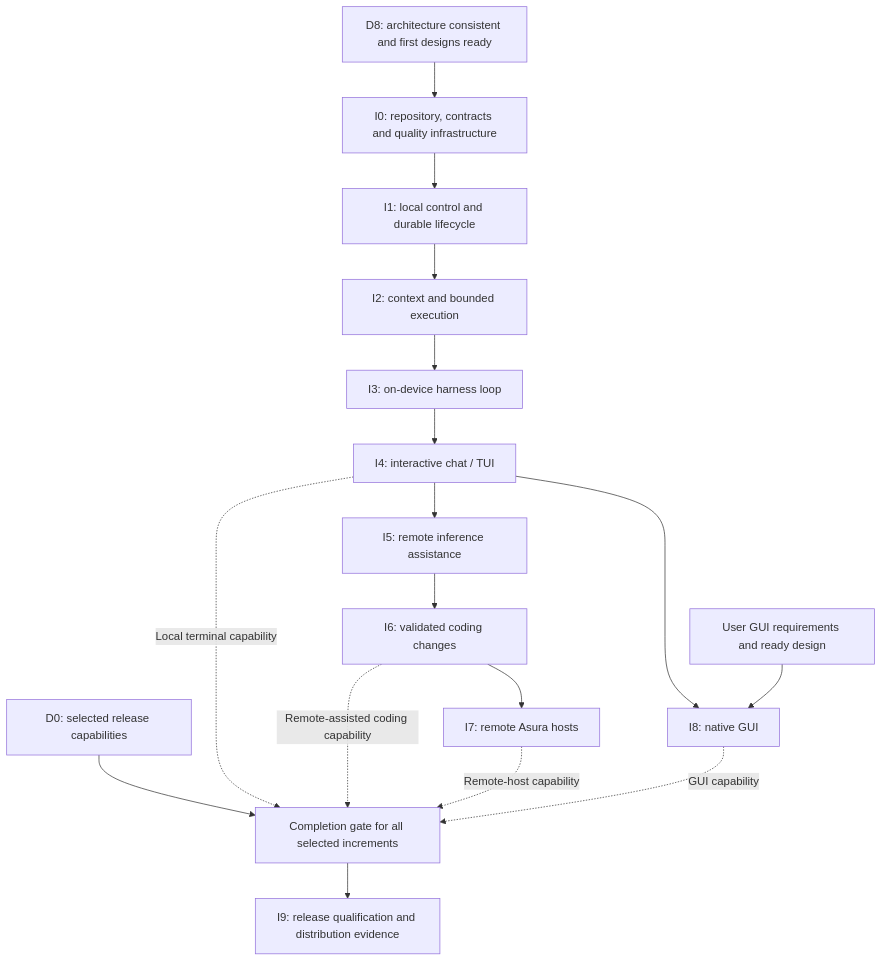
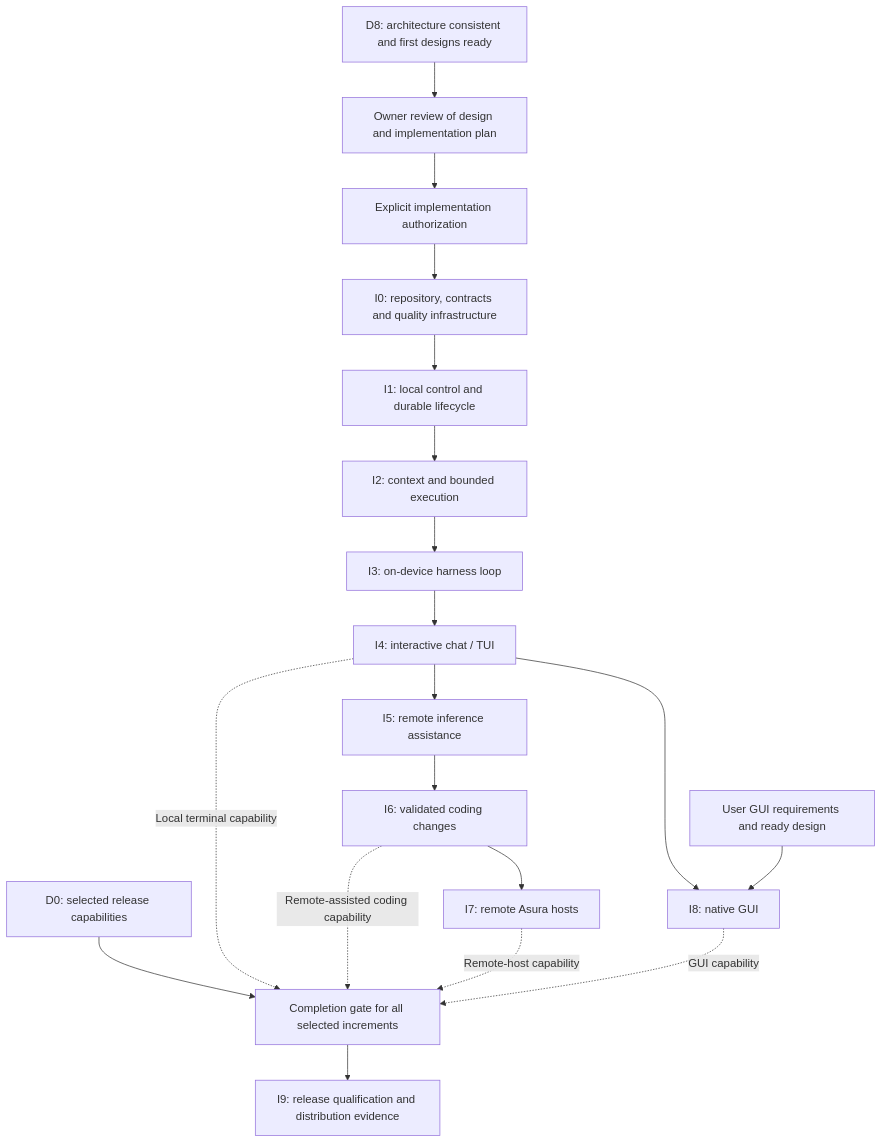
The first of 3 diagrams in docs/plans/implementation.md (pidster/asura), drawn with Mermaid before and after one commit. The commit also changed other lines of this file and 10 other files, not shown here.

Commit message:
Define storage modes and resolve architecture review findings

````diff
--- a/docs/plans/implementation.md
+++ b/docs/plans/implementation.md
@@ -28,19 +30,21 @@
 ```mermaid
 flowchart TD
-    D8["D8: architecture consistent and first designs ready"] --> I0["I0: repository, contracts and quality infrastructure"]
+    D8["D8: architecture consistent and first designs ready"] --> Review["Owner review of design and implementation plan"]
+    Review --> Authorized["Explicit implementation authorization"]
+    Authorized --> I0["I0: repository, contracts and quality infrastructure"]
     I0 --> I1["I1: local control and durable lifecycle"]
     I1 --> I2["I2: context and bounded execution"]
     I2 --> I3["I3: on-device harness loop"]
     I3 --> I4["I4: interactive chat / TUI"]
     I4 --> I5["I5: remote inference assistance"]
     I5 --> I6["I6: validated coding changes"]
     I6 --> I7["I7: remote Asura hosts"]
     I4 --> I8["I8: native GUI"]
     GUIReq["User GUI requirements and ready design"] --> I8
     D0["D0: selected release capabilities"] --> Scope["Completion gate for all selected increments"]
     I4 -.->|Local terminal capability| Scope
     I6 -.->|Remote-assisted coding capability| Scope
     I7 -.->|Remote-host capability| Scope
     I8 -.->|GUI capability| Scope
     Scope --> I9["I9: release qualification and distribution evidence"]
 ```
````
